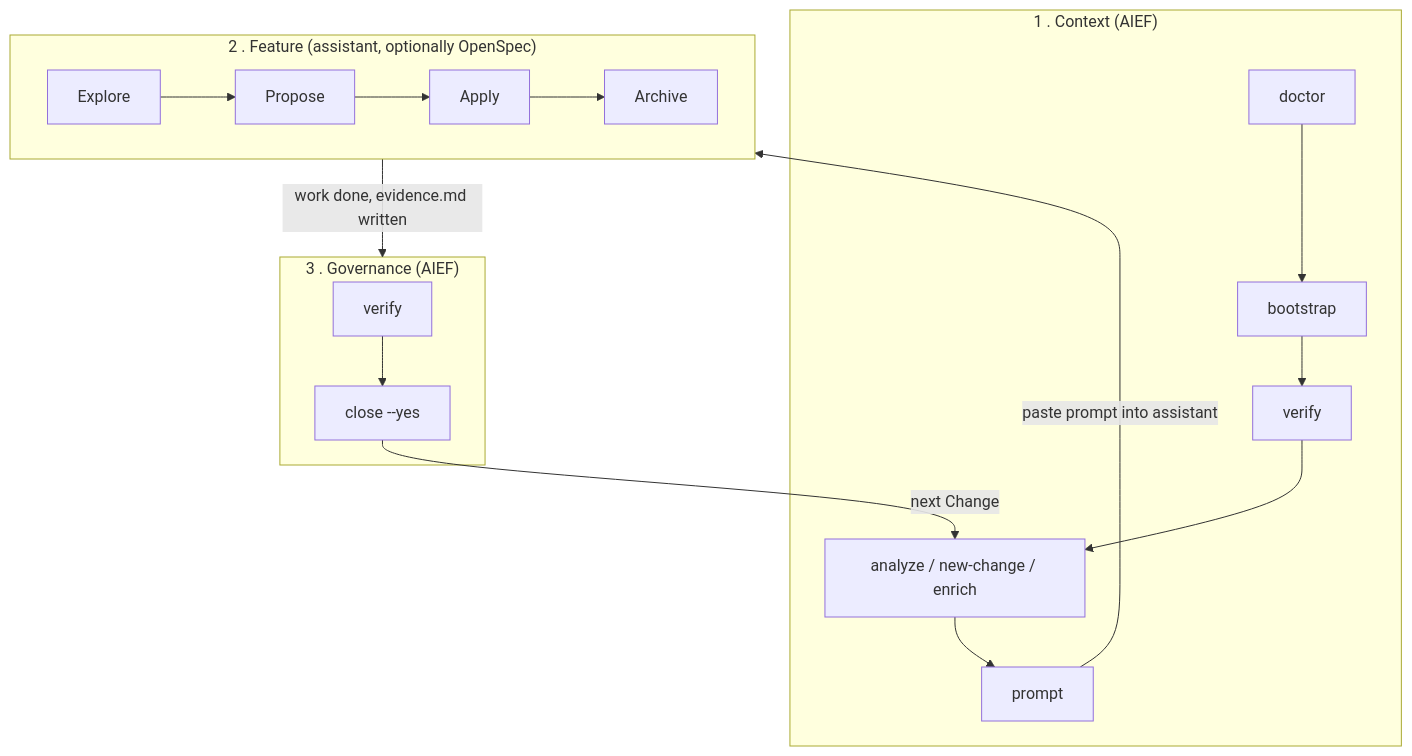
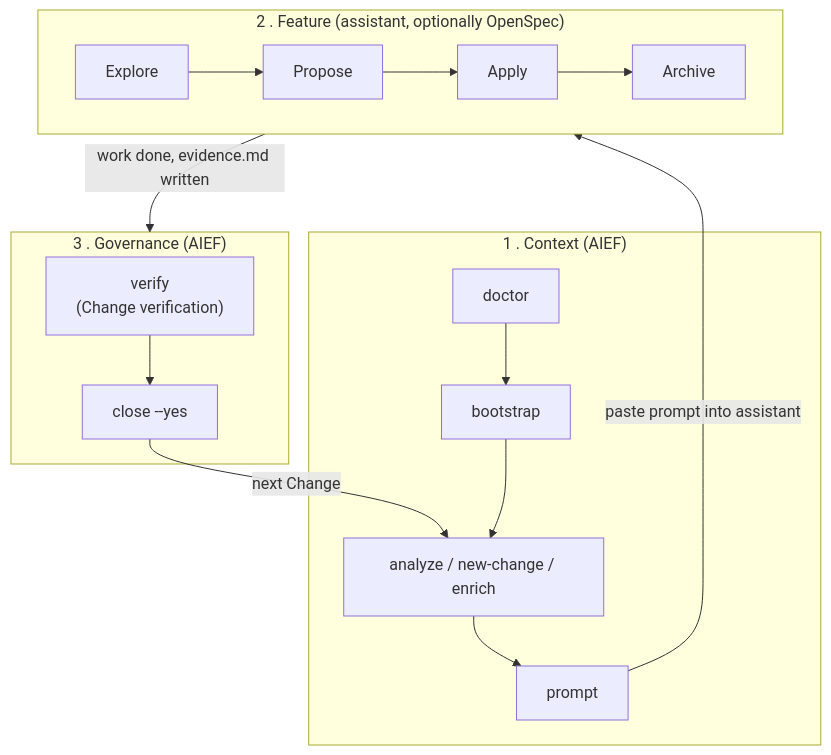
One commit to avazquezmaza/aief-next changed the diagram in docs/workflow.md. Above: the diagram before and after it, drawn with Mermaid. The commit also changed other lines of this file and 9 other files, not shown here.

First line of the commit message:
docs(v3.1): improve README and architecture diagrams

````diff
--- a/docs/workflow.md
+++ b/docs/workflow.md
@@ -9,15 +9,15 @@
 ```mermaid
 flowchart TD
     subgraph L1["1 . Context (AIEF)"]
-        A1[doctor] --> A2[bootstrap] --> A3[verify] --> A4[analyze / new-change / enrich] --> A5[prompt]
+        A1[doctor] --> A2[bootstrap] --> A4[analyze / new-change / enrich] --> A5[prompt]
     end
     subgraph L2["2 . Feature (assistant, optionally OpenSpec)"]
         B1[Explore] --> B2[Propose] --> B3[Apply] --> B4[Archive]
     end
     subgraph L3["3 . Governance (AIEF)"]
-        C1[verify] --> C2[close --yes]
+        C1["verify<br/>(Change verification)"] --> C2[close --yes]
     end
     A5 -->|paste prompt into assistant| L2
     L2 -->|work done, evidence.md written| L3
     C2 -->|next Change| A4
 ```
````
